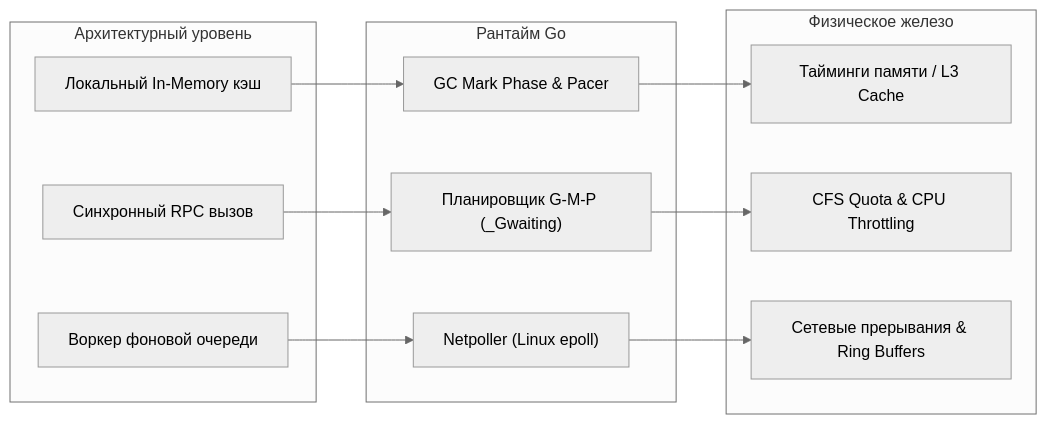
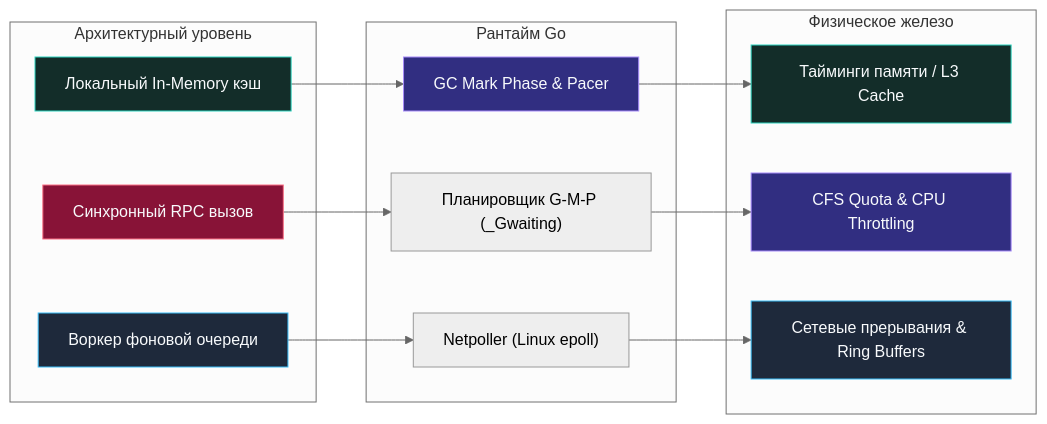
Before and after one commit to UnrealTemplier/go-textbook: the second of 2 diagrams in sources/11. Архитектура и System Design/54. Итоги раздела. Мышление архитектора для Go разработчика.md, drawn with Mermaid (neutral theme). The commit also changed other lines of this file and 1666 other files, not shown here.

First line of the commit message:
feat(mermaid): add semantic color classDef to 1369 colorless flowchart/graph diagrams

````diff
--- a/sources/11. Архитектура и System Design/54. Итоги раздела. Мышление архитектора для Go разработчика.md
+++ b/sources/11. Архитектура и System Design/54. Итоги раздела. Мышление архитектора для Go разработчика.md
@@ -65,24 +75,34 @@
 ```mermaid
 flowchart LR
+    classDef process  fill:#1e293b,stroke:#38bdf8,stroke-width:1px,color:#f8fafc
+    classDef success  fill:#064e3b,stroke:#34d399,stroke-width:1px,color:#f8fafc
+    classDef error    fill:#7f1d1d,stroke:#f87171,stroke-width:1px,color:#f8fafc
+    classDef warning  fill:#78350f,stroke:#fbbf24,stroke-width:1px,color:#f8fafc
+    classDef entry    fill:#1e3a5f,stroke:#38bdf8,stroke-width:2px,color:#f8fafc
+    classDef aux      fill:#334155,stroke:#64748b,stroke-width:1px,color:#f8fafc
+    classDef system   fill:#312e81,stroke:#a78bfa,stroke-width:1px,color:#f8fafc
+    classDef data     fill:#132d29,stroke:#2dd4bf,stroke-width:1px,color:#f8fafc
+    classDef network  fill:#881337,stroke:#fb7185,stroke-width:1px,color:#f8fafc
+    classDef accent   fill:#1e1b4b,stroke:#818cf8,stroke-width:1px,color:#f8fafc
     subgraph Arch["Архитектурный уровень"]
-        CacheDesign["Локальный In-Memory кэш"]
-        SyncCall["Синхронный RPC вызов"]
-        QueueWorker["Воркер фоновой очереди"]
+        CacheDesign["Локальный In-Memory кэш"]:::data
+        SyncCall["Синхронный RPC вызов"]:::network
+        QueueWorker["Воркер фоновой очереди"]:::process
     end
 
     subgraph Runtime["Рантайм Go"]
-        GC["GC Mark Phase & Pacer"]
+        GC["GC Mark Phase & Pacer"]:::system
         GMP["Планировщик G-M-P (_Gwaiting)"]
         Netpoller["Netpoller (Linux epoll)"]
     end
 
     subgraph Hardware["Физическое железо"]
-        RAM["Тайминги памяти / L3 Cache"]
-        CPU["CFS Quota & CPU Throttling"]
-        NIC["Сетевые прерывания & Ring Buffers"]
+        RAM["Тайминги памяти / L3 Cache"]:::data
+        CPU["CFS Quota & CPU Throttling"]:::system
+        NIC["Сетевые прерывания & Ring Buffers"]:::process
     end
 
     CacheDesign --> GC --> RAM
     SyncCall --> GMP --> CPU
     QueueWorker --> Netpoller --> NIC
 ```
````
